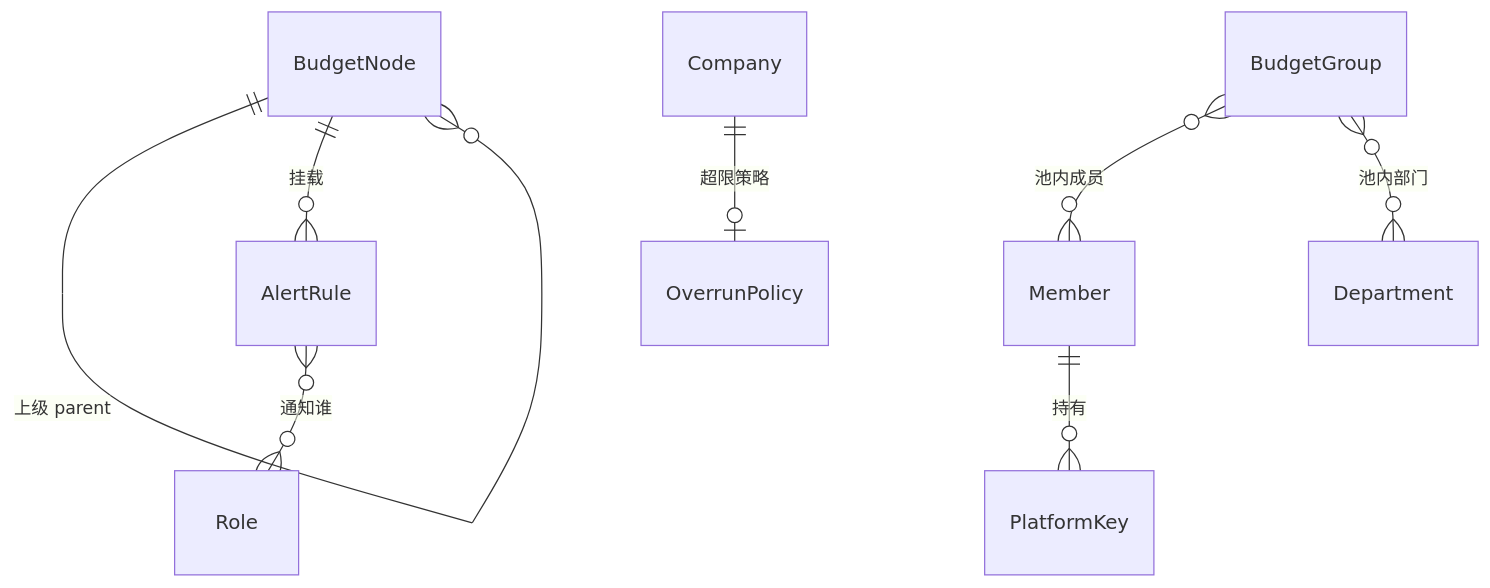
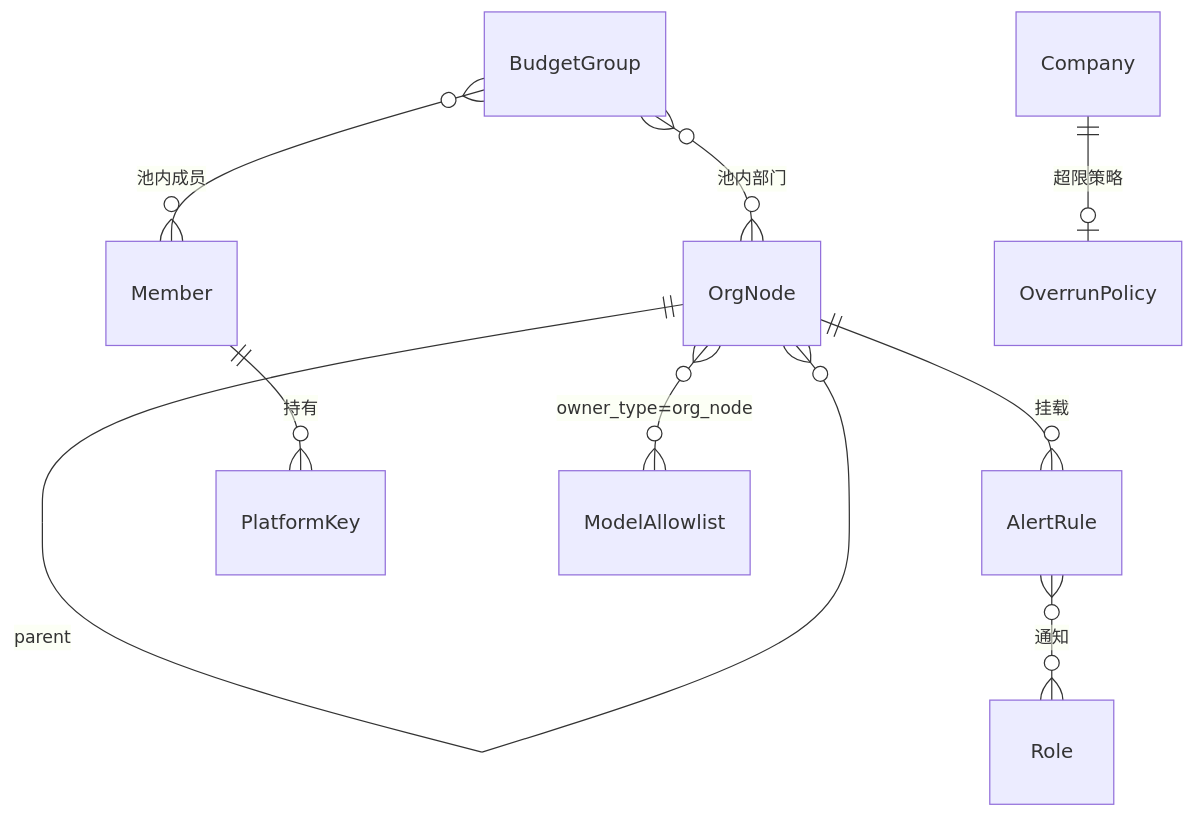
Before and after one commit to quyip8818/mytokenjoy: the fifth of 10 diagrams in docs/Backend-存储架构.md, drawn with Mermaid. The commit also changed other lines of this file and 132 other files, not shown here.

````diff
--- a/docs/Backend-存储架构.md
+++ b/docs/Backend-存储架构.md
@@ -198,10 +130,11 @@
 ```mermaid
 erDiagram
-  BudgetNode ||--o{ BudgetNode : "上级 parent"
-  BudgetNode ||--o{ AlertRule : "挂载"
-  AlertRule }o--o{ Role : "通知谁"
+  OrgNode ||--o{ OrgNode : "parent"
+  OrgNode ||--o{ AlertRule : "挂载"
+  AlertRule }o--o{ Role : "通知"
   BudgetGroup }o--o{ Member : "池内成员"
-  BudgetGroup }o--o{ Department : "池内部门"
+  BudgetGroup }o--o{ OrgNode : "池内部门"
   Member ||--o{ PlatformKey : "持有"
   Company ||--o| OverrunPolicy : "超限策略"
+  OrgNode }o--o{ ModelAllowlist : "owner_type=org_node"
 ```
````
